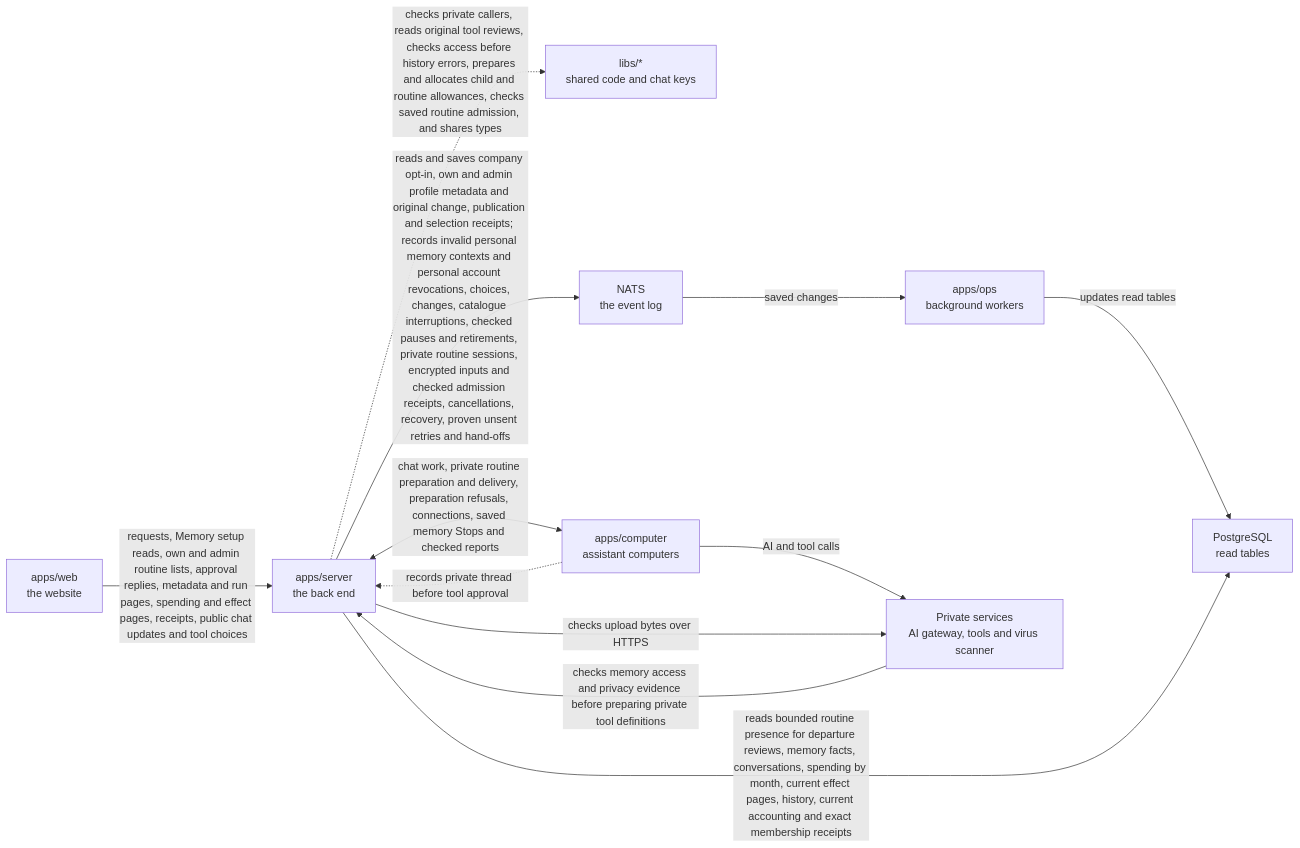
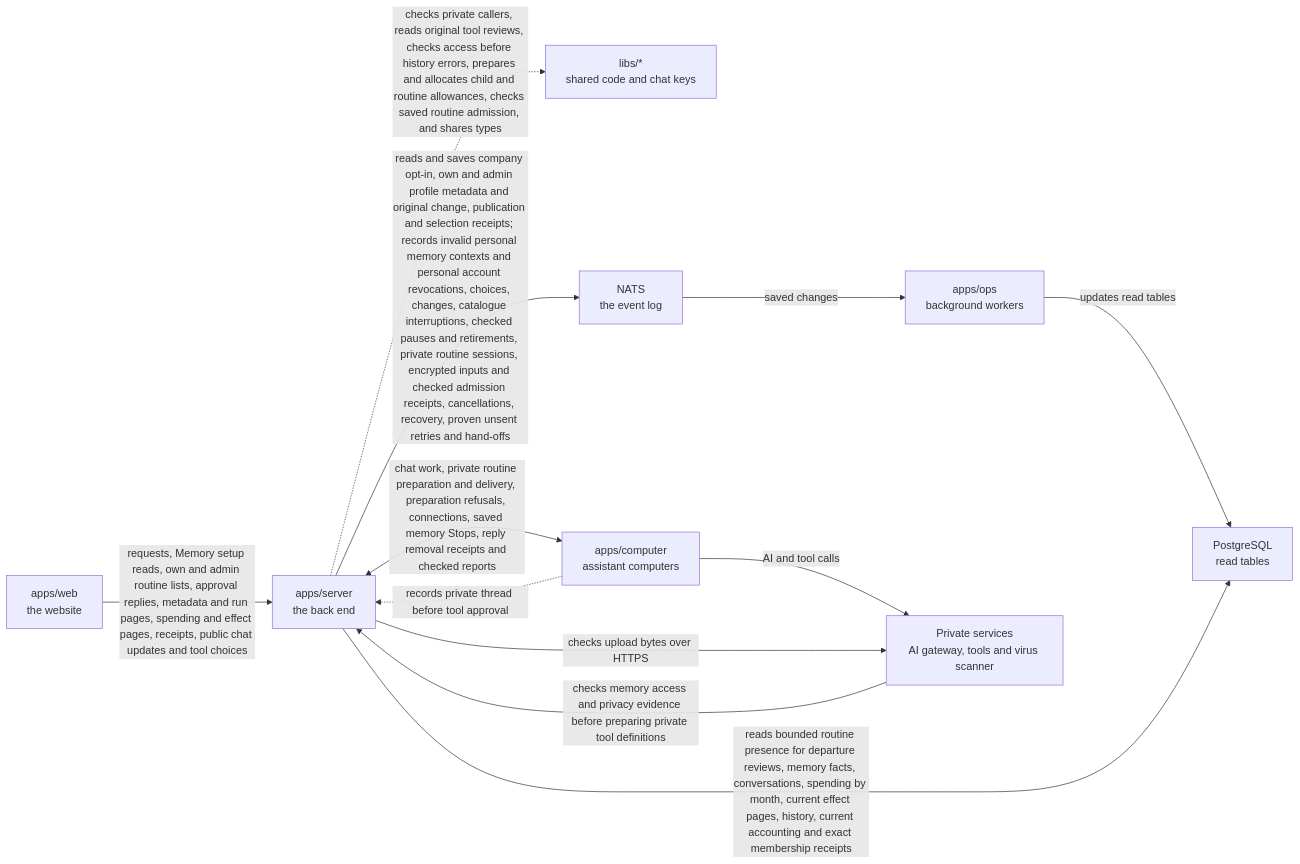
The diagram in apps/server/README.md (elewa-git/opencrane-new), drawn with Mermaid before and after one commit. The commit also changed other lines of this file and 10 other files, not shown here.

Commit message:
🧠 Retain completed memory withdrawal until private reply clearance is confirmed

````diff
--- a/apps/server/README.md
+++ b/apps/server/README.md
@@ -113,14 +114,14 @@
 ```mermaid
 flowchart LR
   web["apps/web<br/>the website"] -->|requests, Memory setup reads, own and admin routine lists, approval replies, metadata and run pages, spending and effect pages, receipts, public chat updates and tool choices| server["apps/server<br/>the back end"]
   server -.->|checks private callers, reads original tool reviews, checks access before history errors, prepares and allocates child and routine allowances, checks saved routine admission, and shares types| libs["libs/*<br/>shared code and chat keys"]
   server -->|reads and saves company opt-in, own and admin profile metadata and original change, publication and selection receipts; records invalid personal memory contexts and personal account revocations, choices, changes, catalogue interruptions, checked pauses and retirements, private routine sessions, encrypted inputs and checked admission receipts, cancellations, recovery, proven unsent retries and hand-offs| nats["NATS<br/>the event log"]
   nats -->|saved changes| ops["apps/ops<br/>background workers"]
   ops -->|updates read tables| postgres["PostgreSQL<br/>read tables"]
   server -->|reads bounded routine presence for departure reviews, memory facts, conversations, spending by month, current effect pages, history, current accounting and exact membership receipts| postgres
-  server <-->|chat work, private routine preparation and delivery, preparation refusals, connections, saved memory Stops and checked reports| computer["apps/computer<br/>assistant computers"]
+  server <-->|chat work, private routine preparation and delivery, preparation refusals, connections, saved memory Stops, reply removal receipts and checked reports| computer["apps/computer<br/>assistant computers"]
   computer -.->|records private thread before tool approval| server
   computer -->|AI and tool calls| runtime["Private services<br/>AI gateway, tools and virus scanner"]
   server -->|checks upload bytes over HTTPS| runtime
   runtime -->|checks memory access and privacy evidence before preparing private tool definitions| server
 ```
````
